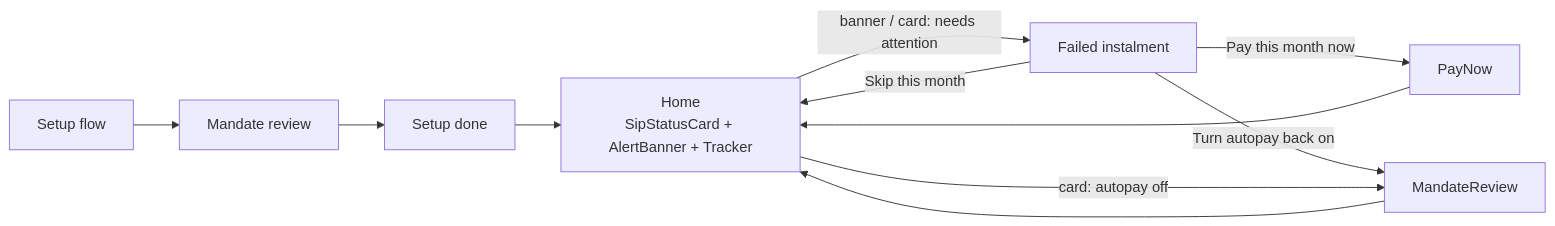
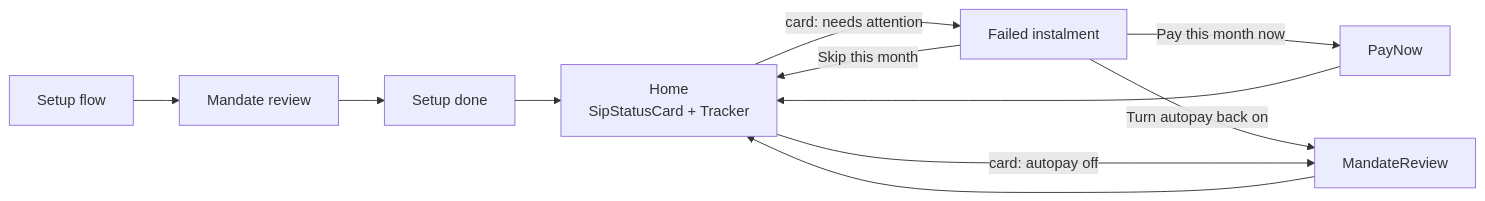
The third of 4 diagrams in MVP_Architecture.md (Anku46/groww-sip-discovery), drawn with Mermaid before and after one commit. The commit also changed other lines of this file and 14 other files, not shown here.

First line of the commit message:
MVP step 7: "Is my SIP running?" status card

````diff
--- a/MVP_Architecture.md
+++ b/MVP_Architecture.md
@@ -188,10 +186,10 @@
 ```mermaid
 flowchart LR
   Setup[Setup flow] --> Review[Mandate review] --> Done[Setup done] --> Home
-  Home["Home<br/>SipStatusCard + AlertBanner + Tracker"]
-  Home -->|banner / card: needs attention| Failed[Failed instalment]
+  Home["Home<br/>SipStatusCard + Tracker"]
+  Home -->|card: needs attention| Failed[Failed instalment]
   Failed -->|Pay this month now| Pay[PayNow] --> Home
   Failed -->|Turn autopay back on| Reconnect[MandateReview] --> Home
   Failed -->|Skip this month| Home
   Home -->|card: autopay off| Reconnect
 ```
````
